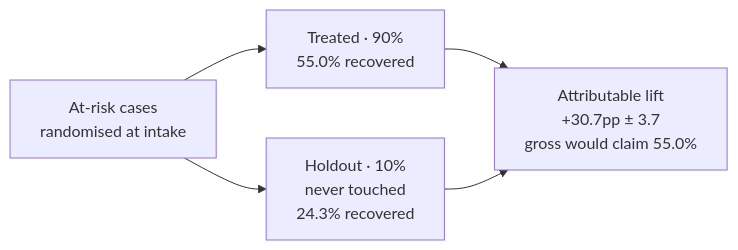
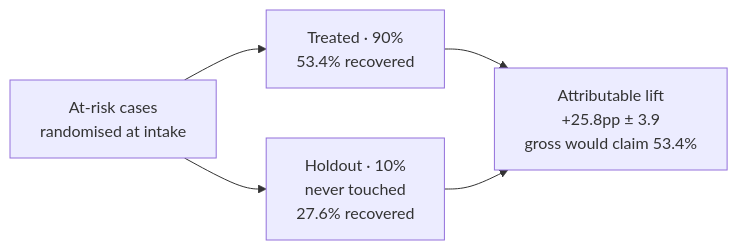
One commit to Raghav-prog-max/backstop changed the third of 3 diagrams in ARCHITECTURE.md. Above: the diagram before and after it, drawn with Mermaid. The commit also changed other lines of this file and 3 other files, not shown here.

````diff
--- a/ARCHITECTURE.md
+++ b/ARCHITECTURE.md
@@ -381,11 +381,11 @@
 ```mermaid
 flowchart LR
     B["At-risk cases<br/>randomised at intake"]
-    T["Treated · 90%<br/>55.0% recovered"]
-    H["Holdout · 10%<br/>never touched<br/>24.3% recovered"]
-    L["Attributable lift<br/>+30.7pp ± 3.7<br/>gross would claim 55.0%"]
+    T["Treated · 90%<br/>53.4% recovered"]
+    H["Holdout · 10%<br/>never touched<br/>27.6% recovered"]
+    L["Attributable lift<br/>+25.8pp ± 3.9<br/>gross would claim 53.4%"]
     B --> T
     B --> H
     T --> L
     H --> L
 ```
````
